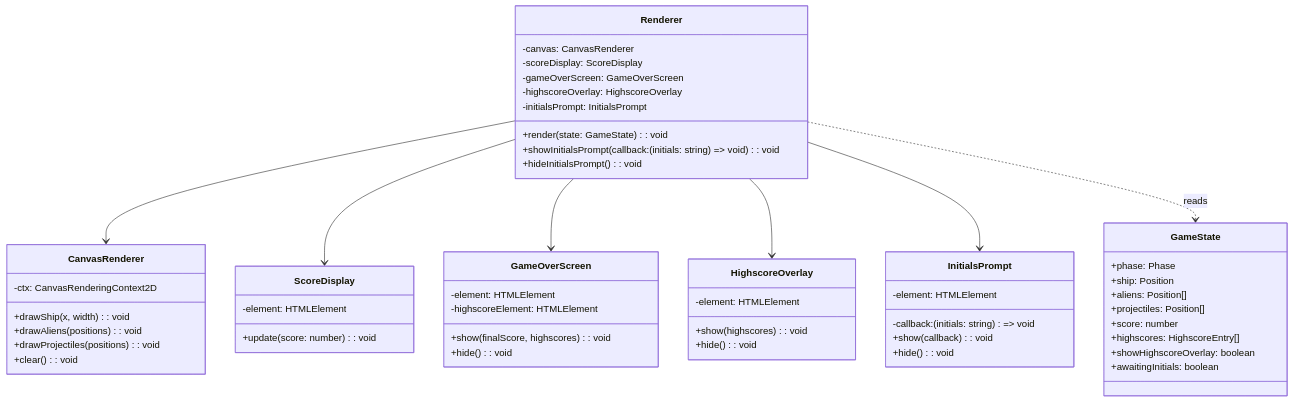
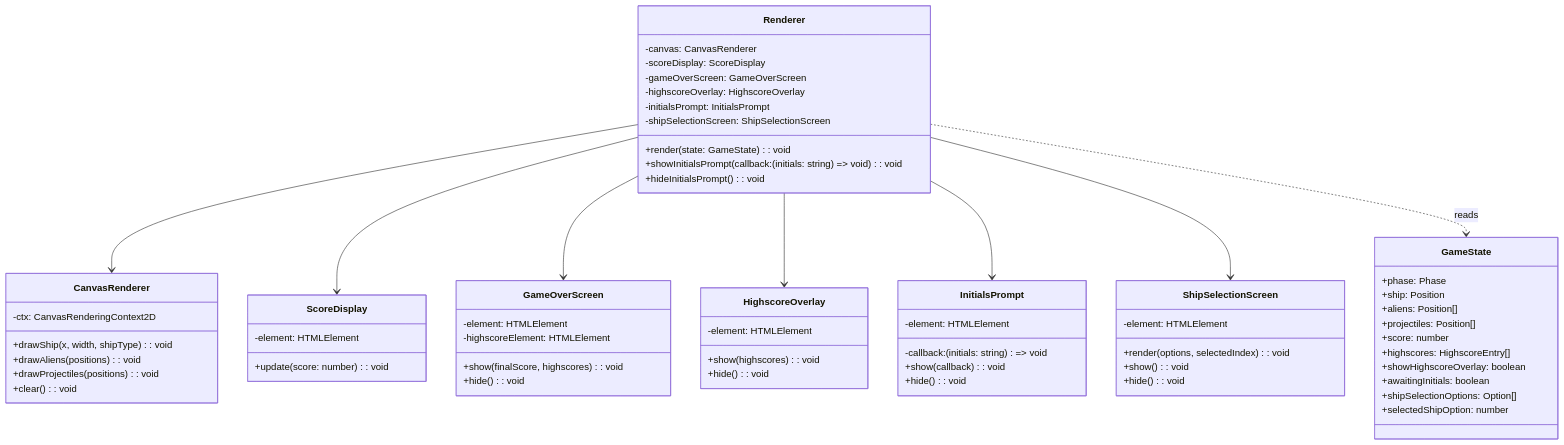
One commit to akmaier/AlienInvasion changed the diagram in docs/architecture/MOD-rendering.md. Above: the diagram before and after it, drawn with Mermaid. The commit also changed other lines of this file and 3 other files, not shown here.

````diff
--- a/docs/architecture/MOD-rendering.md
+++ b/docs/architecture/MOD-rendering.md
@@ -69,57 +75,67 @@
 ```mermaid
 classDiagram
     class Renderer {
         -canvas: CanvasRenderer
         -scoreDisplay: ScoreDisplay
         -gameOverScreen: GameOverScreen
         -highscoreOverlay: HighscoreOverlay
         -initialsPrompt: InitialsPrompt
+        -shipSelectionScreen: ShipSelectionScreen
         +render(state: GameState): void
         +showInitialsPrompt(callback: (initials: string) => void): void
         +hideInitialsPrompt(): void
     }
     class CanvasRenderer {
         -ctx: CanvasRenderingContext2D
-        +drawShip(x, width): void
+        +drawShip(x, width, shipType): void
         +drawAliens(positions): void
         +drawProjectiles(positions): void
         +clear(): void
     }
     class ScoreDisplay {
         -element: HTMLElement
         +update(score: number): void
     }
     class GameOverScreen {
         -element: HTMLElement
         -highscoreElement: HTMLElement
         +show(finalScore, highscores): void
         +hide(): void
     }
     class HighscoreOverlay {
         -element: HTMLElement
         +show(highscores): void
         +hide(): void
     }
     class InitialsPrompt {
         -element: HTMLElement
         -callback: (initials: string) => void
         +show(callback): void
         +hide(): void
     }
+    class ShipSelectionScreen {
+        -element: HTMLElement
+        +render(options, selectedIndex): void
+        +show(): void
+        +hide(): void
+    }
     class GameState {
         +phase: Phase
         +ship: Position
         +aliens: Position[]
         +projectiles: Position[]
         +score: number
         +highscores: HighscoreEntry[]
         +showHighscoreOverlay: boolean
         +awaitingInitials: boolean
+        +shipSelectionOptions: Option[]
+        +selectedShipOption: number
     }
     Renderer --> CanvasRenderer
     Renderer --> ScoreDisplay
     Renderer --> GameOverScreen
     Renderer --> HighscoreOverlay
     Renderer --> InitialsPrompt
+    Renderer --> ShipSelectionScreen
     Renderer ..> GameState: reads
 ```
````
